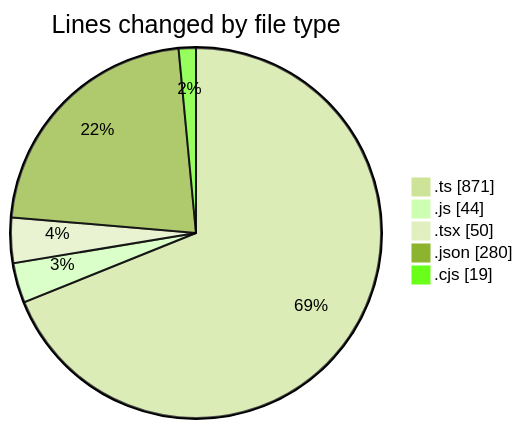
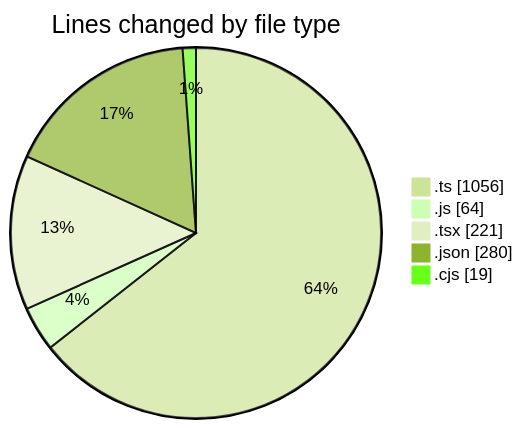
Before and after one commit to momahboobian/code-tracking: the first of 2 diagrams in 2026-08-03/cda/README.md, drawn with Mermaid (forest theme). The commit also changed other lines of this file and 1 other file, not shown here.

````diff
--- a/2026-08-03/cda/README.md
+++ b/2026-08-03/cda/README.md
@@ -34,9 +39,9 @@
 ```mermaid
 pie showData
 title Lines changed by file type
-".ts" : 871
-".js" : 44
-".tsx" : 50
+".ts" : 1056
+".js" : 64
+".tsx" : 221
 ".json" : 280
 ".cjs" : 19
 ```
````
